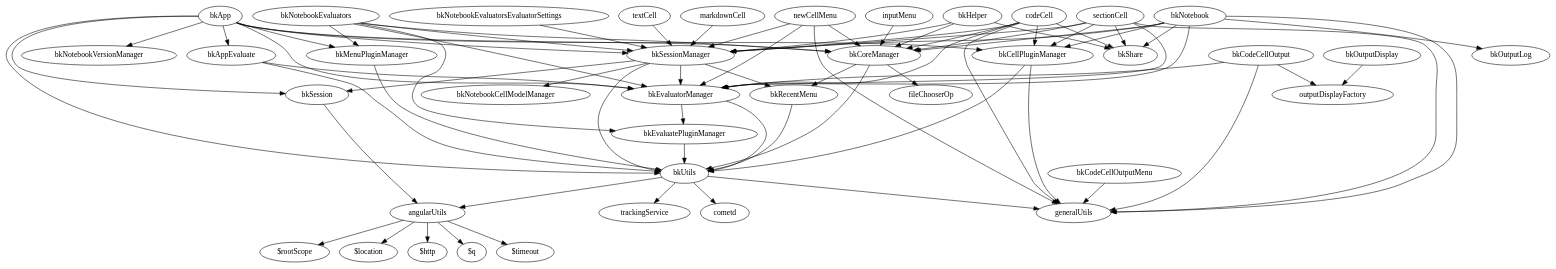
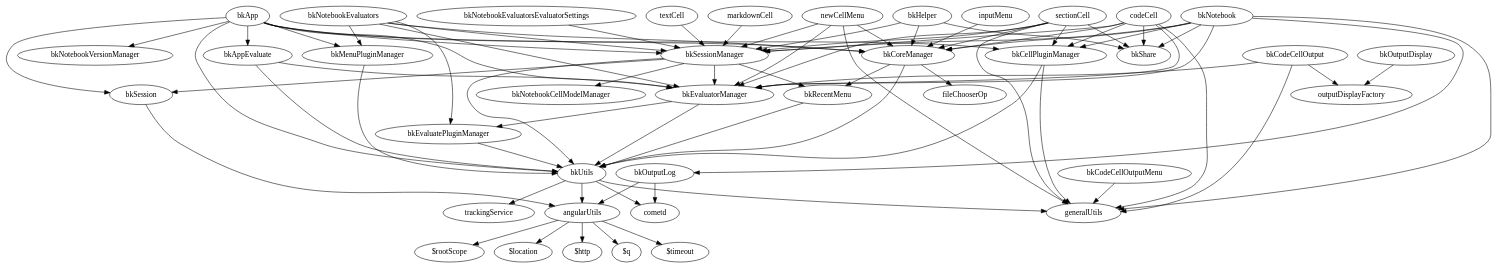
Before and after one commit to anglee/hello: the diagram in bkApp.dot, drawn with Graphviz. The commit also changed 1 other file, not shown here.

```diff
--- a/bkApp.dot
+++ b/bkApp.dot
@@ -1,103 +1,106 @@
 digraph G {
   angularUtils -> "$rootScope";
   angularUtils -> "$location";
   angularUtils -> "$http";
   angularUtils -> "$q";
   angularUtils -> "$timeout";
 
   bkApp -> bkUtils;
   bkApp -> bkSession;
   bkApp -> bkSessionManager;
   bkApp -> bkMenuPluginManager;
   bkApp -> bkCellPluginManager;
   bkApp -> bkCoreManager;
   bkApp -> bkAppEvaluate;
   bkApp -> bkNotebookVersionManager;
   bkApp -> bkEvaluatorManager;
 
   bkAppEvaluate -> bkUtils;
   bkAppEvaluate -> bkEvaluatorManager;
 
   newCellMenu -> generalUtils;
   newCellMenu -> bkSessionManager;
   newCellMenu -> bkCoreManager;
   newCellMenu -> bkEvaluatorManager;
 
   sectionCell -> generalUtils;
   sectionCell -> bkShare;
   sectionCell -> bkEvaluatorManager;
   sectionCell -> bkSessionManager;
   sectionCell -> bkCoreManager;
   sectionCell -> bkCellPluginManager;
 
   textCell -> bkSessionManager;
 
   markdownCell -> bkSessionManager;
 
   bkCellPluginManager -> bkUtils;
   bkCellPluginManager -> generalUtils;
 
   codeCell -> generalUtils;
   codeCell -> bkShare;
   codeCell -> bkEvaluatorManager;
   codeCell -> bkCellPluginManager;
   codeCell -> bkSessionManager;
   codeCell -> bkCoreManager;
 
   inputMenu -> bkCoreManager;
 
   bkCodeCellOutput -> generalUtils;
   bkCodeCellOutput -> outputDisplayFactory;
   bkCodeCellOutput -> bkEvaluatorManager;
 
   bkCodeCellOutputMenu -> generalUtils;
 
   bkCoreManager -> bkUtils;
   bkCoreManager -> bkRecentMenu;
   bkCoreManager -> fileChooserOp;
 
   bkEvaluatePluginManager -> bkUtils;
 
   bkEvaluatorManager -> bkUtils;
   bkEvaluatorManager -> bkEvaluatePluginManager;
 
   bkHelper -> bkSessionManager;
   bkHelper -> bkCoreManager;
   bkHelper -> bkShare;
 
   bkMenuPluginManager -> bkUtils;
 
   bkNotebook -> generalUtils;
   bkNotebook -> bkShare;
   bkNotebook -> bkEvaluatorManager;
   bkNotebook -> bkCellPluginManager;
   bkNotebook -> bkSessionManager;
   bkNotebook -> bkCoreManager;
   bkNotebook -> bkOutputLog;
 
   bkNotebookEvaluators -> bkCoreManager;
   bkNotebookEvaluators -> bkSessionManager;
   bkNotebookEvaluators -> bkMenuPluginManager;
   bkNotebookEvaluators -> bkEvaluatePluginManager;
   bkNotebookEvaluators -> bkEvaluatorManager;
 
   bkNotebookEvaluatorsEvaluatorSettings -> bkSessionManager;
 
+  bkOutputLog -> angularUtils;
+  bkOutputLog -> cometd;
+
   bkOutputDisplay -> "outputDisplayFactory";
 
   bkRecentMenu -> bkUtils;
 
   bkSession -> angularUtils;
 
   bkSessionManager -> bkUtils;
   bkSessionManager -> bkSession;
   bkSessionManager -> bkNotebookCellModelManager;
   bkSessionManager -> bkEvaluatorManager;
   bkSessionManager -> bkRecentMenu;
 
   bkUtils -> generalUtils;
   bkUtils -> angularUtils;
   bkUtils -> trackingService;
   bkUtils -> cometd;
 
 }
```
